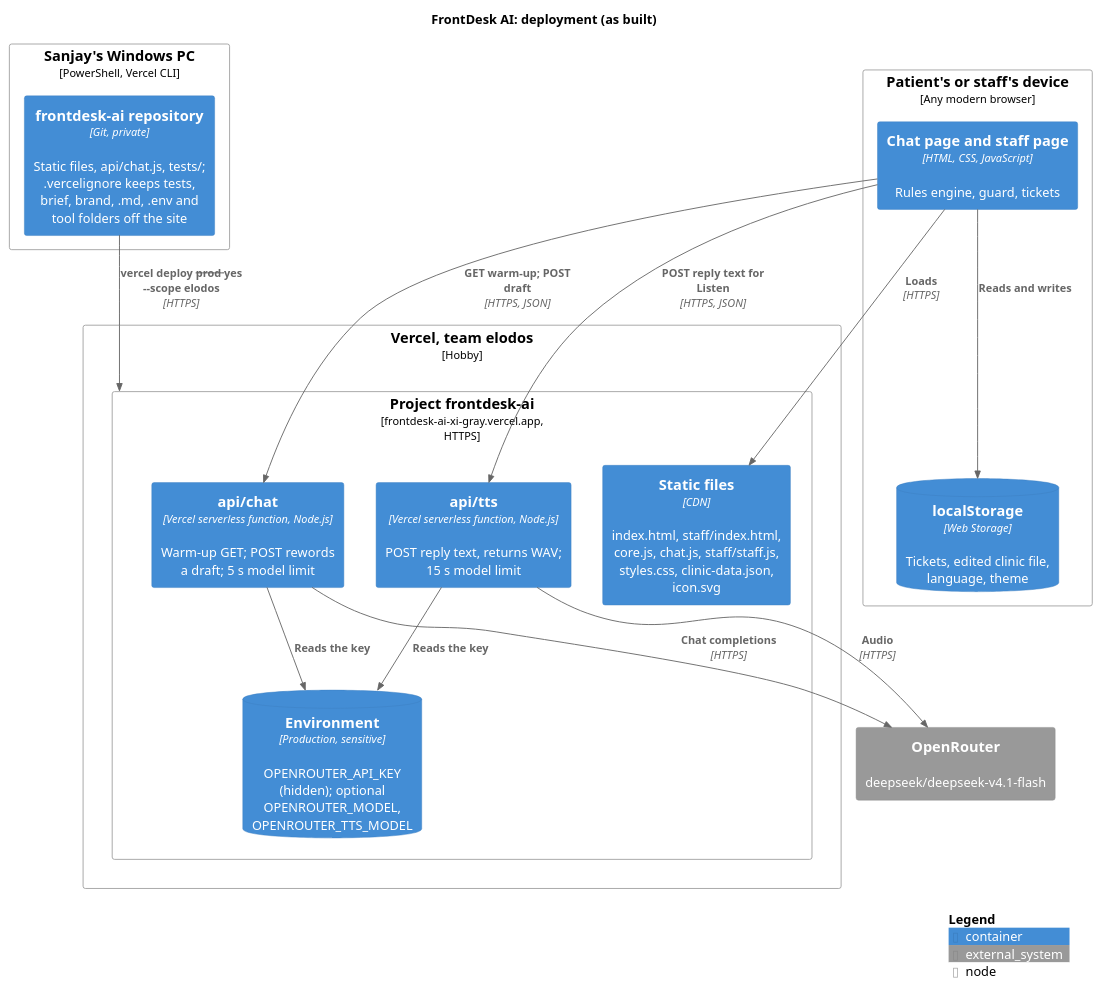
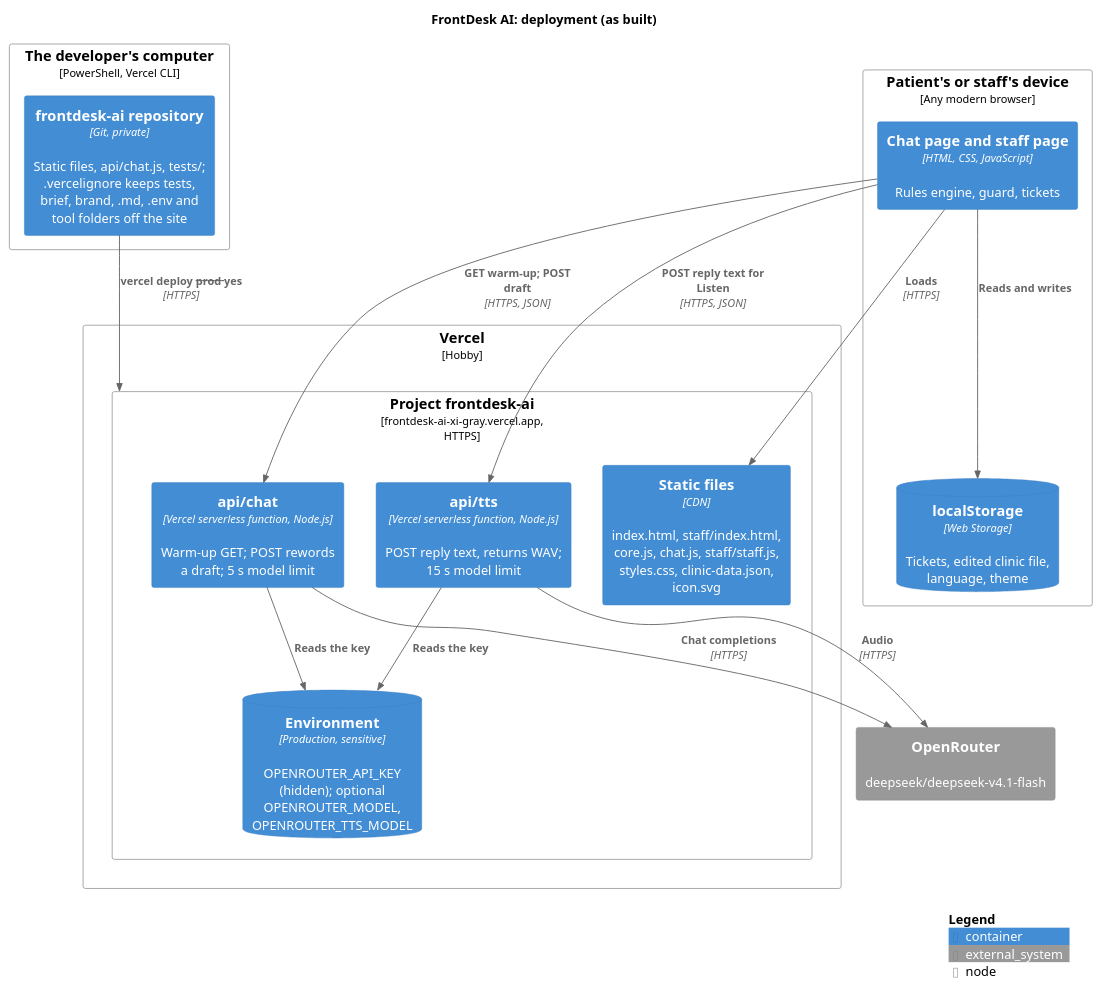
One commit to karwasanjay007/frontdesk-ai-docs changed the diagram in docs/diagrams/deployment.puml. Above: the diagram before and after it, drawn with PlantUML. The commit also changed 6 other files, not shown here.

```diff
--- a/docs/diagrams/deployment.puml
+++ b/docs/diagrams/deployment.puml
@@ -1,36 +1,36 @@
 @startuml deployment
 !include <C4/C4_Deployment>
 title FrontDesk AI: deployment (as built)
 
-Deployment_Node(dev, "Sanjay's Windows PC", "PowerShell, Vercel CLI") {
+Deployment_Node(dev, "The developer's computer", "PowerShell, Vercel CLI") {
   Container(src, "frontdesk-ai repository", "Git, private", "Static files, api/chat.js, tests/; .vercelignore keeps tests, brief, brand, .md, .env and tool folders off the site")
 }
 
-Deployment_Node(vercel, "Vercel, team elodos", "Hobby") {
+Deployment_Node(vercel, "Vercel", "Hobby") {
   Deployment_Node(proj, "Project frontdesk-ai", "frontdesk-ai-xi-gray.vercel.app, HTTPS") {
     Container(static, "Static files", "CDN", "index.html, staff/index.html, core.js, chat.js, staff/staff.js, styles.css, clinic-data.json, icon.svg")
     Container(fn, "api/chat", "Vercel serverless function, Node.js", "Warm-up GET; POST rewords a draft; 5 s model limit")
     Container(tts, "api/tts", "Vercel serverless function, Node.js", "POST reply text, returns WAV; 15 s model limit")
     ContainerDb(env, "Environment", "Production, sensitive", "OPENROUTER_API_KEY (hidden); optional OPENROUTER_MODEL, OPENROUTER_TTS_MODEL")
   }
 }
 
 Deployment_Node(device, "Patient's or staff's device", "Any modern browser") {
   Container(pages, "Chat page and staff page", "HTML, CSS, JavaScript", "Rules engine, guard, tickets")
   ContainerDb(ls, "localStorage", "Web Storage", "Tickets, edited clinic file, language, theme")
 }
 
 System_Ext(openrouter, "OpenRouter", "deepseek/deepseek-v4.1-flash")
 
-Rel(src, proj, "vercel deploy --prod --yes --scope elodos", "HTTPS")
+Rel(src, proj, "vercel deploy --prod --yes", "HTTPS")
 Rel(pages, static, "Loads", "HTTPS")
 Rel(pages, fn, "GET warm-up; POST draft", "HTTPS, JSON")
 Rel(pages, tts, "POST reply text for Listen", "HTTPS, JSON")
 Rel(tts, env, "Reads the key")
 Rel(tts, openrouter, "Audio", "HTTPS")
 Rel(fn, env, "Reads the key")
 Rel(fn, openrouter, "Chat completions", "HTTPS")
 Rel(pages, ls, "Reads and writes")
 
 SHOW_LEGEND()
 @enduml
```
